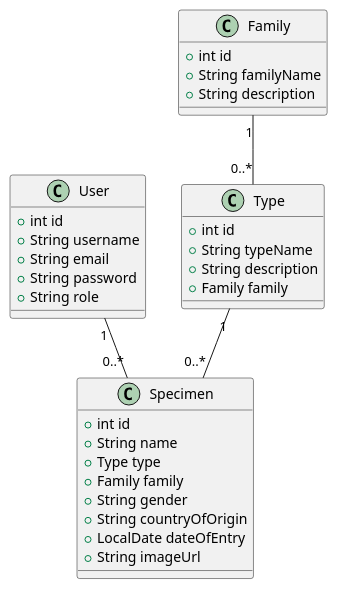
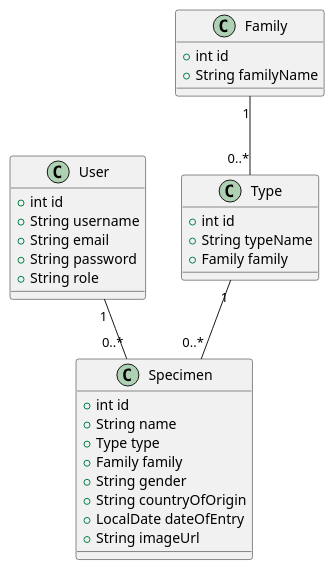
One commit to andreeaclmr/WildCare_API changed the diagram in src/diagram.puml. Above: the diagram before and after it, drawn with PlantUML. The commit also changed 5 other files, not shown here.

```diff
--- a/src/diagram.puml
+++ b/src/diagram.puml
@@ -1,37 +1,35 @@
 @startuml
 class User {
     + int id
     + String username
     + String email
     + String password
     + String role
 }
 
 class Family {
     + int id
     + String familyName
-    + String description
 }
 
 class Type {
     + int id
     + String typeName
-    + String description
     + Family family
 }
 
 class Specimen {
     + int id
     + String name
     + Type type
     + Family family
     + String gender
     + String countryOfOrigin
     + LocalDate dateOfEntry
     + String imageUrl
 }
 
 User "1" -- "0..*" Specimen
 Family "1" -- "0..*" Type
 Type "1" -- "0..*" Specimen
 @enduml
```
